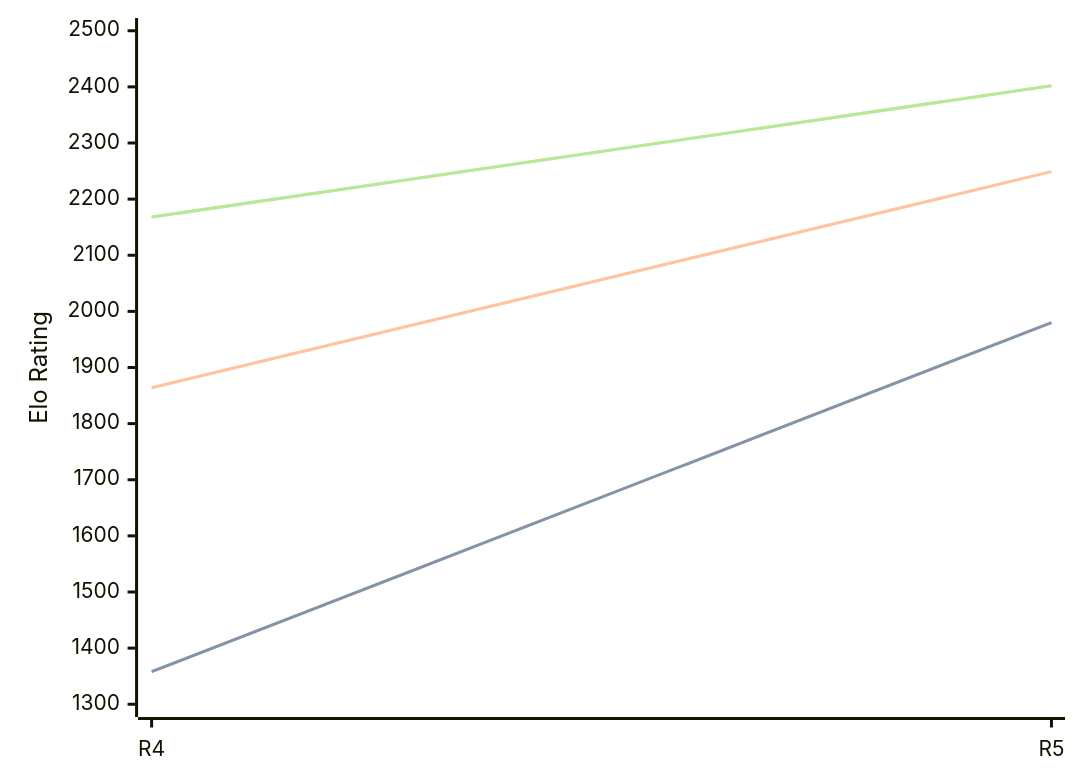
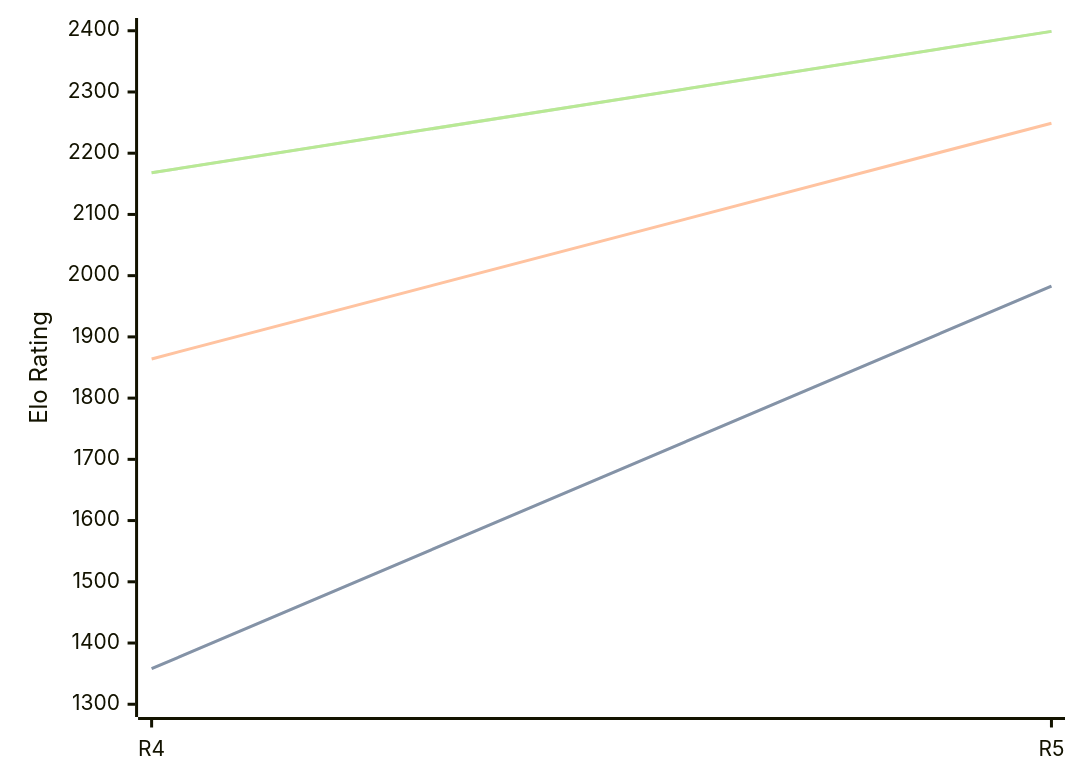
The diagram in engines/Viking.md (computer-chess-index/cci), drawn with Mermaid before and after one commit. The commit also changed other lines of this file, not shown here.

Commit message:
Update CCI Ratings (ELO VLTC) - 2026-05-14

````diff
--- a/engines/Viking.md
+++ b/engines/Viking.md
@@ -35,11 +35,11 @@
 ```mermaid
 %%{init: {"theme":"base","themeVariables":{"seriesColors:['#a3a3a3','#222221','#faa371']}}}%%
 xychart-beta
   x-axis ["R4", "R5"]
-  y-axis "Elo Rating" 1300 --> 2500
-  line "STC (8.0+0.08s)" [1358, 1980]
-  line "STC (8.0+0.08s)" [1358, 1980]
+  y-axis "Elo Rating" 1300 --> 2400
+  line "STC (8.0+0.08s)" [1358, 1983]
+  line "STC (8.0+0.08s)" [1358, 1983]
   line "LTC (60.0+0.60s)" [1864, 2249]
-  line "VLTC (2m24s+1.12s)" [2168, 2402]
-  line "VLTC (2m24s+1.12s)" [2168, 2402]
+  line "VLTC (2m24s+1.12s)" [2168, 2399]
+  line "VLTC (2m24s+1.12s)" [2168, 2399]
 ```
````
